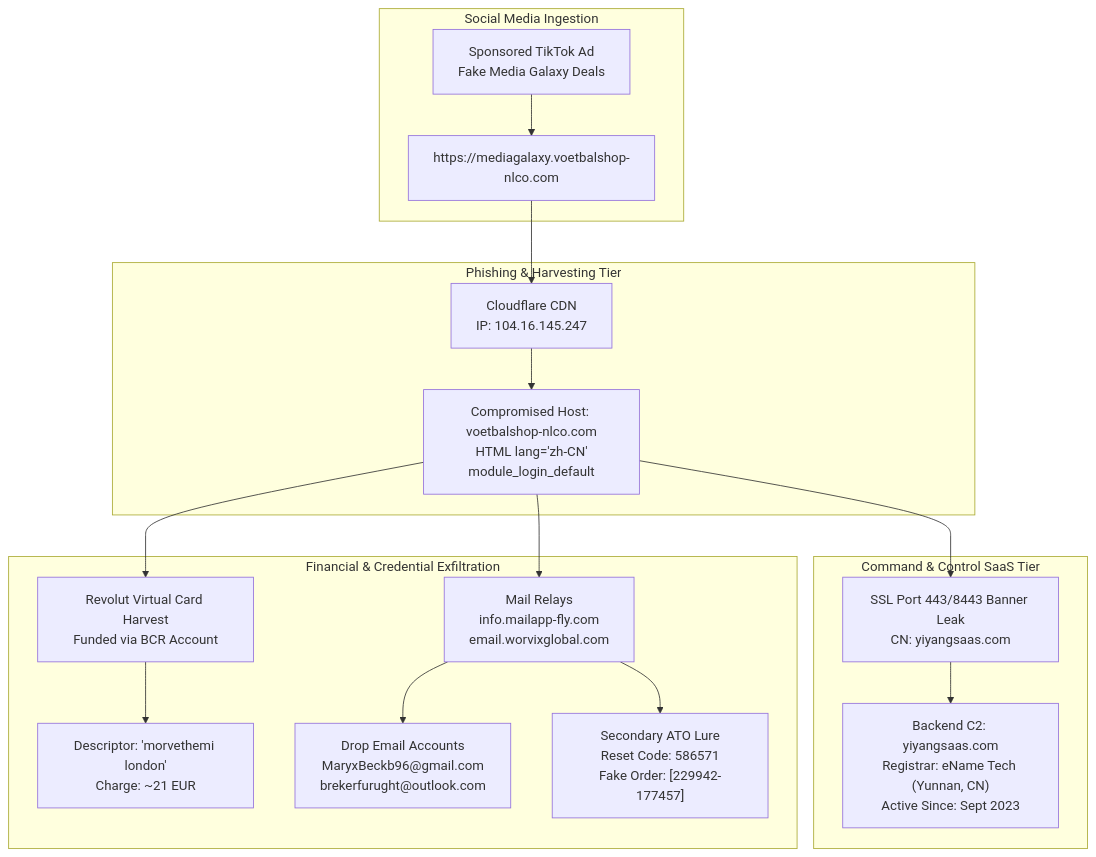
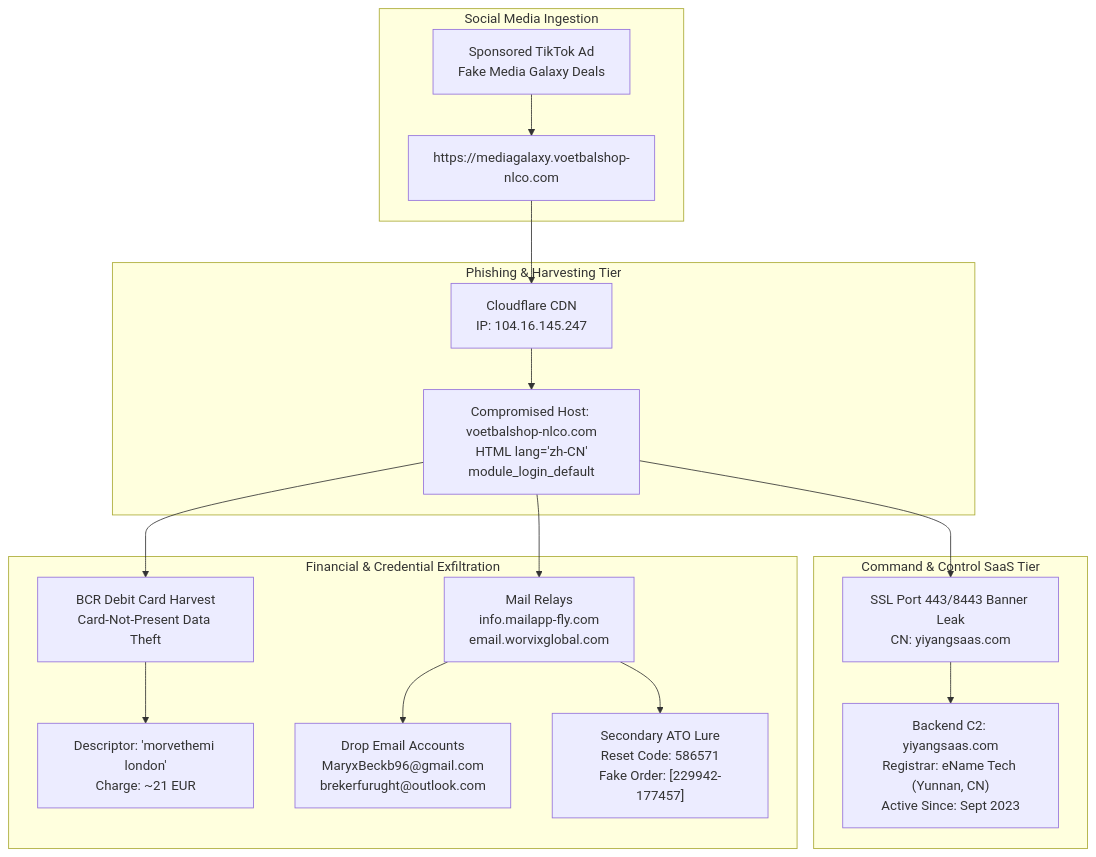
One commit to stefanutc1/infrastructure changed the diagram in cyber/mediagalaxy-ecommerce-fraud-forensics/EVIDENCE_ANALYSIS.md. Above: the diagram before and after it, drawn with Mermaid. The commit also changed other lines of this file and 10 other files, not shown here.

Commit message:
fix(cyber): remove Revolut references and correct payment rail to direct BCR debit card

````diff
--- a/cyber/mediagalaxy-ecommerce-fraud-forensics/EVIDENCE_ANALYSIS.md
+++ b/cyber/mediagalaxy-ecommerce-fraud-forensics/EVIDENCE_ANALYSIS.md
@@ -164,39 +164,39 @@
 ```mermaid
 graph TD
     subgraph LURE ["Social Media Ingestion"]
         TikTokAd["Sponsored TikTok Ad
 Fake Media Galaxy Deals"] --> TrapURL["https://mediagalaxy.voetbalshop-nlco.com"]
     end
 
     subgraph FRONTEND ["Phishing & Harvesting Tier"]
         TrapURL --> CFProxy["Cloudflare CDN
 IP: 104.16.145.247"]
         CFProxy --> LandingCode["Compromised Host: voetbalshop-nlco.com
 HTML lang='zh-CN'
 module_login_default"]
     end
 
     subgraph BACKEND ["Command & Control SaaS Tier"]
         LandingCode --> SSLCert["SSL Port 443/8443 Banner Leak
 CN: yiyangsaas.com"]
         SSLCert --> YiyangSaaS["Backend C2: yiyangsaas.com
 Registrar: eName Tech (Yunnan, CN)
 Active Since: Sept 2023"]
     end
 
     subgraph EXFIL ["Financial & Credential Exfiltration"]
-        LandingCode --> CardCapture["Revolut Virtual Card Harvest
-Funded via BCR Account"]
+        LandingCode --> CardCapture["BCR Debit Card Harvest
+Card-Not-Present Data Theft"]
         CardCapture --> Merchant["Descriptor: 'morvethemi london'
 Charge: ~21 EUR"]
         LandingCode --> MailRelay["Mail Relays
 info.mailapp-fly.com
 email.worvixglobal.com"]
         MailRelay --> DropInbox["Drop Email Accounts
 MaryxBeckb96@gmail.com
 brekerfurught@outlook.com"]
         MailRelay --> ATOLure["Secondary ATO Lure
 Reset Code: 586571
 Fake Order: [229942-177457]"]
     end
 ```
````
